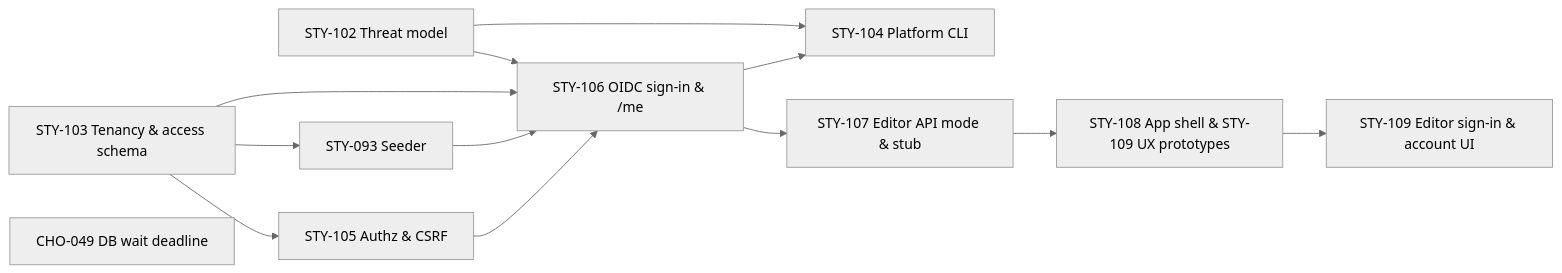
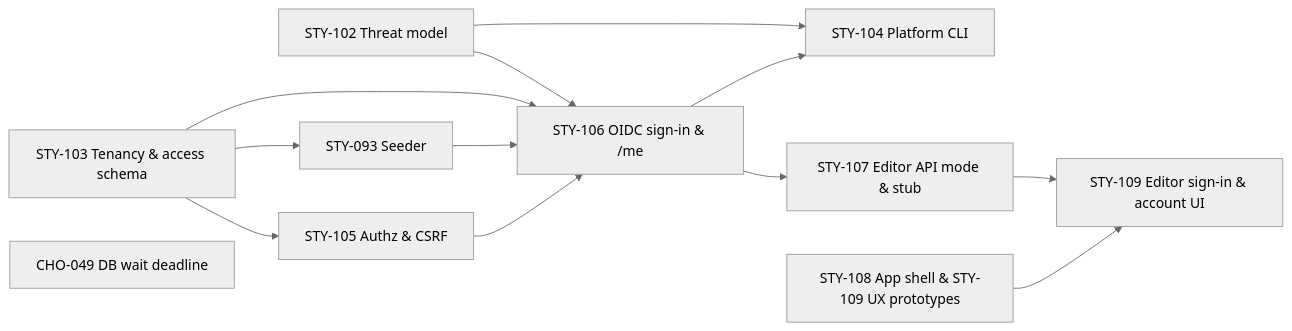
Before and after one commit to DHCW-Digital-Health-and-Care-Wales/roadmaps: the diagram in docs/backlog/EPC-024-tenancy-sign-in-and-optional-api-mode/README.md, drawn with Mermaid (neutral theme). The commit also changed other lines of this file and 7 other files, not shown here.

First line of the commit message:
docs(ux): STY-108 API-mode app shell, sign-in, Account and session expiry prototypes and Outcome (#341)

````diff
--- a/docs/backlog/EPC-024-tenancy-sign-in-and-optional-api-mode/README.md
+++ b/docs/backlog/EPC-024-tenancy-sign-in-and-optional-api-mode/README.md
@@ -153,15 +155,15 @@
 ```mermaid
 flowchart LR
   STY102["STY-102 Threat model"] --> STY106["STY-106 OIDC sign-in & /me"]
   STY102 --> STY104["STY-104 Platform CLI"]
   STY103["STY-103 Tenancy & access schema"] --> STY093["STY-093 Seeder"]
   STY103 --> STY105["STY-105 Authz & CSRF"]
   STY103 --> STY106
   STY093 --> STY106
   STY105 --> STY106
   STY106 --> STY104
   STY106 --> STY107["STY-107 Editor API mode & stub"]
-  STY107 --> STY108["STY-108 App shell & STY-109 UX prototypes"]
-  STY108 --> STY109["STY-109 Editor sign-in & account UI"]
+  STY107 --> STY109["STY-109 Editor sign-in & account UI"]
+  STY108["STY-108 App shell & STY-109 UX prototypes"] --> STY109
   CHO049["CHO-049 DB wait deadline"]
 ```
````
